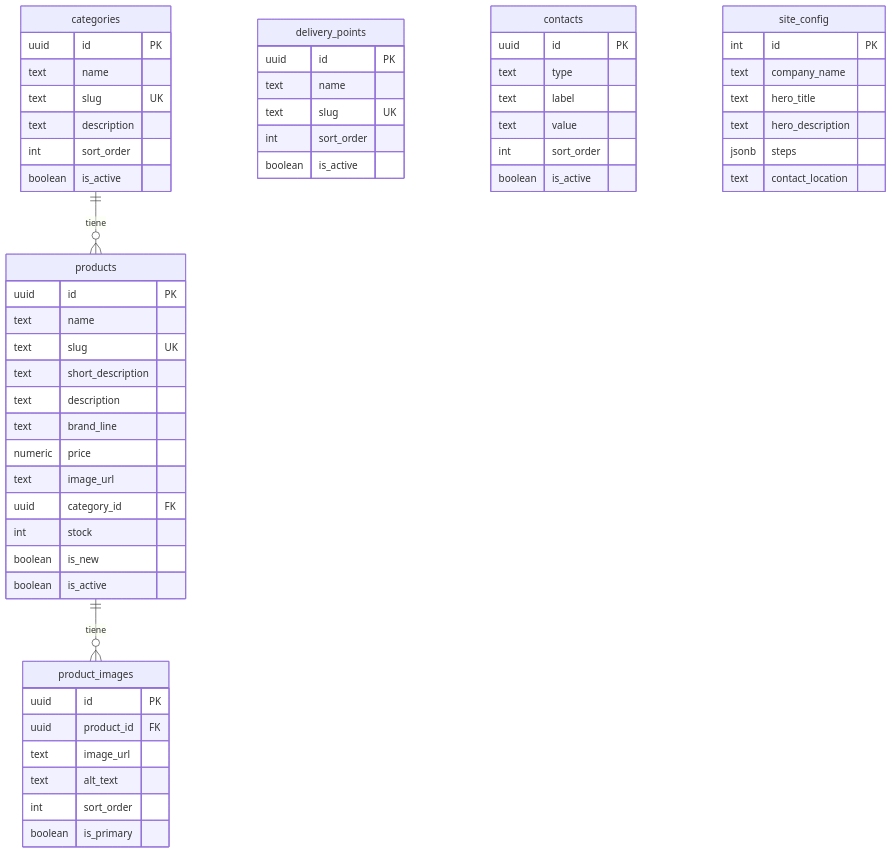
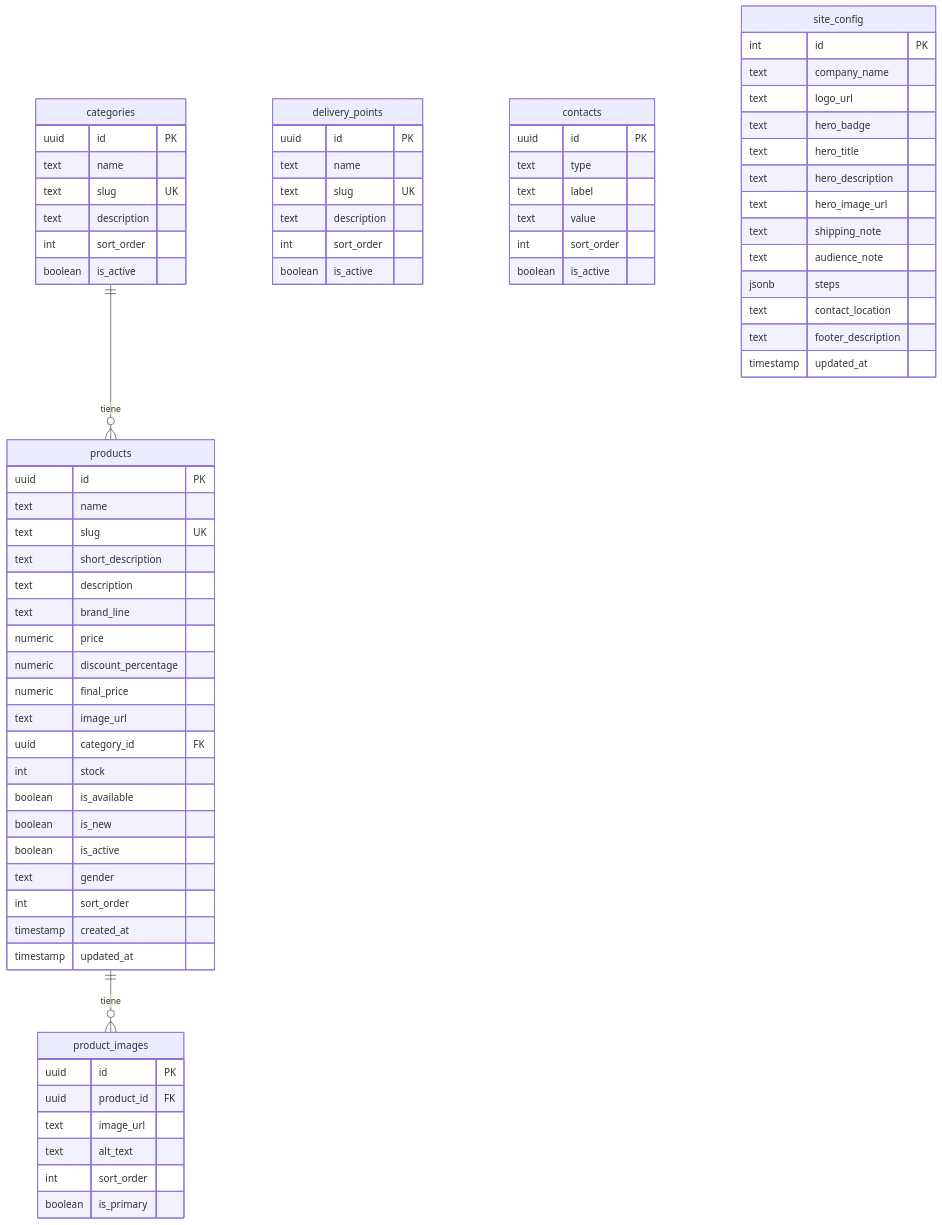
Before and after one commit to Luis-Guarachi-Cachaca/EmprendimientoXD: the diagram in emprendimiento-xd/README.md, drawn with Mermaid. The commit also changed other lines of this file and 15 other files, not shown here.

````diff
--- a/emprendimiento-xd/README.md
+++ b/emprendimiento-xd/README.md
@@ -264,64 +282,79 @@
 ```mermaid
 erDiagram
     categories ||--o{ products : "tiene"
     products ||--o{ product_images : "tiene"
 
     categories {
         uuid id PK
         text name
         text slug UK
         text description
         int sort_order
         boolean is_active
     }
 
     products {
         uuid id PK
         text name
         text slug UK
         text short_description
         text description
         text brand_line
         numeric price
+        numeric discount_percentage
+        numeric final_price
         text image_url
         uuid category_id FK
         int stock
+        boolean is_available
         boolean is_new
         boolean is_active
+        text gender
+        int sort_order
+        timestamp created_at
+        timestamp updated_at
     }
 
     product_images {
         uuid id PK
         uuid product_id FK
         text image_url
         text alt_text
         int sort_order
         boolean is_primary
     }
 
     delivery_points {
         uuid id PK
         text name
         text slug UK
+        text description
         int sort_order
         boolean is_active
     }
 
     contacts {
         uuid id PK
         text type
         text label
         text value
         int sort_order
         boolean is_active
     }
 
     site_config {
         int id PK
         text company_name
+        text logo_url
+        text hero_badge
         text hero_title
         text hero_description
+        text hero_image_url
+        text shipping_note
+        text audience_note
         jsonb steps
         text contact_location
+        text footer_description
+        timestamp updated_at
     }
 ```
````
